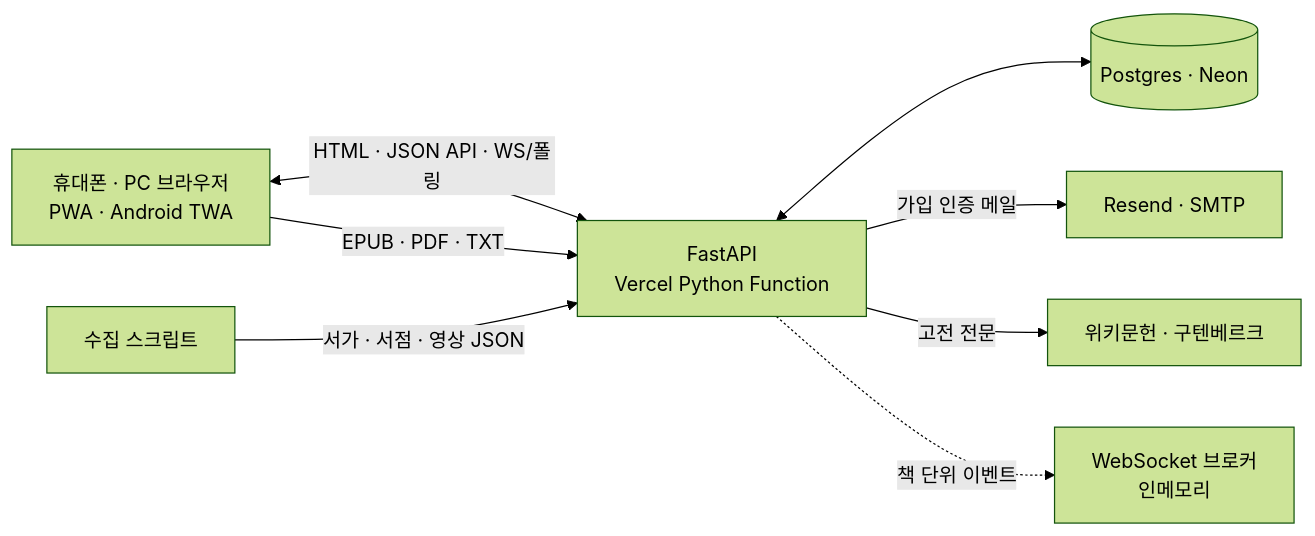
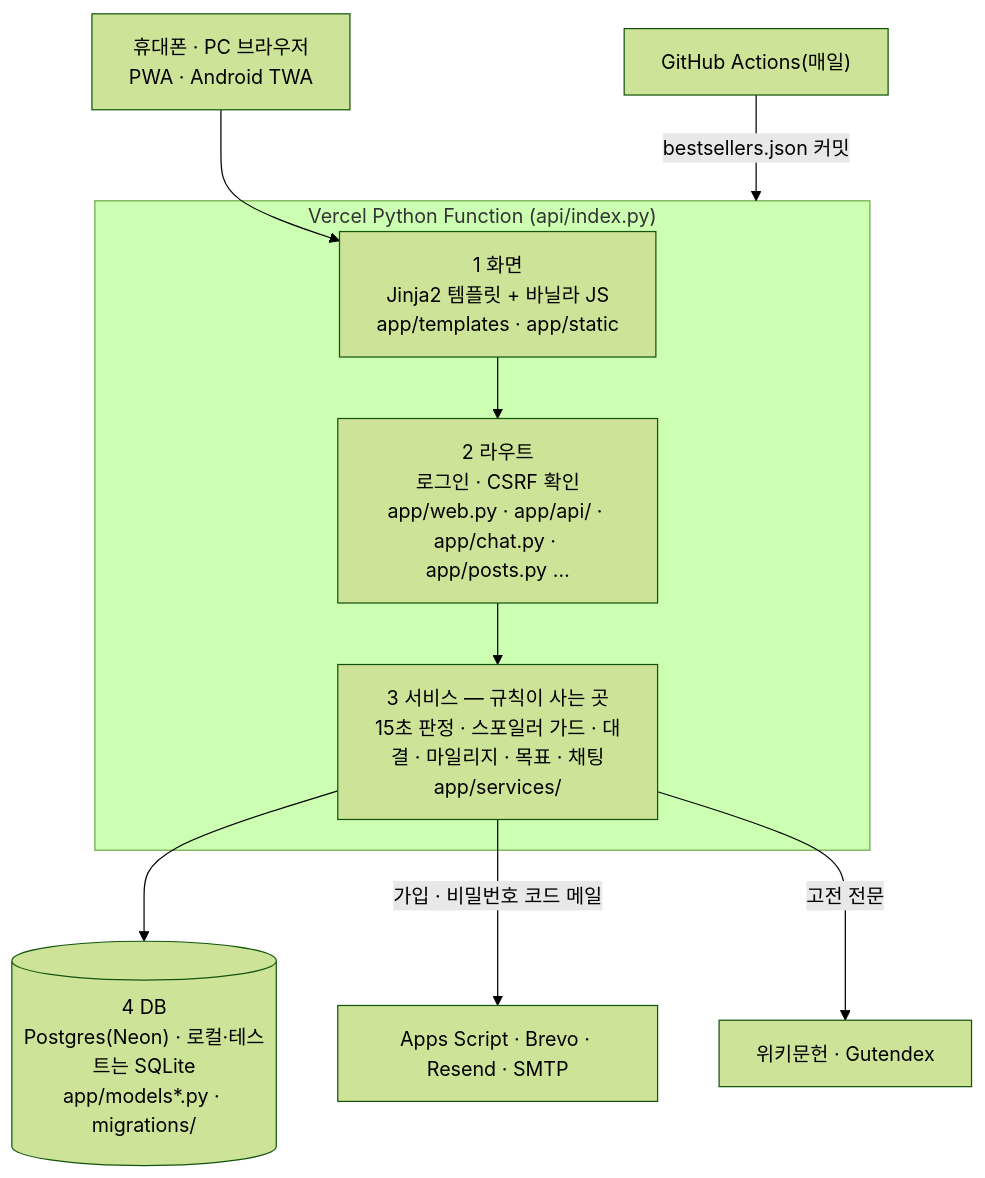
One commit to 10x4hs/haedok changed the diagram in README.md. Above: the diagram before and after it, drawn with Mermaid (forest theme). The commit also changed other lines of this file and 42 other files, not shown here.

````diff
--- a/README.md
+++ b/README.md
@@ -62,10 +149,14 @@
 ```mermaid
-flowchart LR
-    U[휴대폰 · PC 브라우저<br/>PWA · Android TWA] <-->|HTML · JSON API · WS/폴링| S[FastAPI<br/>Vercel Python Function]
-    S <--> D[(Postgres · Neon)]
-    S -->|가입 인증 메일| M[Resend · SMTP]
-    S -->|고전 전문| W[위키문헌 · 구텐베르크]
-    U -->|EPUB · PDF · TXT| S
-    S -.->|책 단위 이벤트| B[WebSocket 브로커<br/>인메모리]
-    X[수집 스크립트] -->|서가 · 서점 · 영상 JSON| S
+flowchart TB
+    U["휴대폰 · PC 브라우저<br/>PWA · Android TWA"] --> V
+    D[("4 DB<br/>Postgres(Neon) · 로컬·테스트는 SQLite<br/>app/models*.py · migrations/")]
+    subgraph Vercel["Vercel Python Function (api/index.py)"]
+      V["1 화면<br/>Jinja2 템플릿 + 바닐라 JS<br/>app/templates · app/static"] --> R
+      R["2 라우트<br/>로그인 · CSRF 확인<br/>app/web.py · app/api/ · app/chat.py · app/posts.py …"] --> S
+      S["3 서비스 — 규칙이 사는 곳<br/>15초 판정 · 스포일러 가드 · 대결 · 마일리지 · 목표 · 채팅<br/>app/services/"]
+    end
+    S --> D
+    S -->|가입 · 비밀번호 코드 메일| M["Apps Script · Brevo · Resend · SMTP"]
+    S -->|고전 전문| W["위키문헌 · Gutendex"]
+    G["GitHub Actions(매일)"] -->|bestsellers.json 커밋| Vercel
 ```
````
